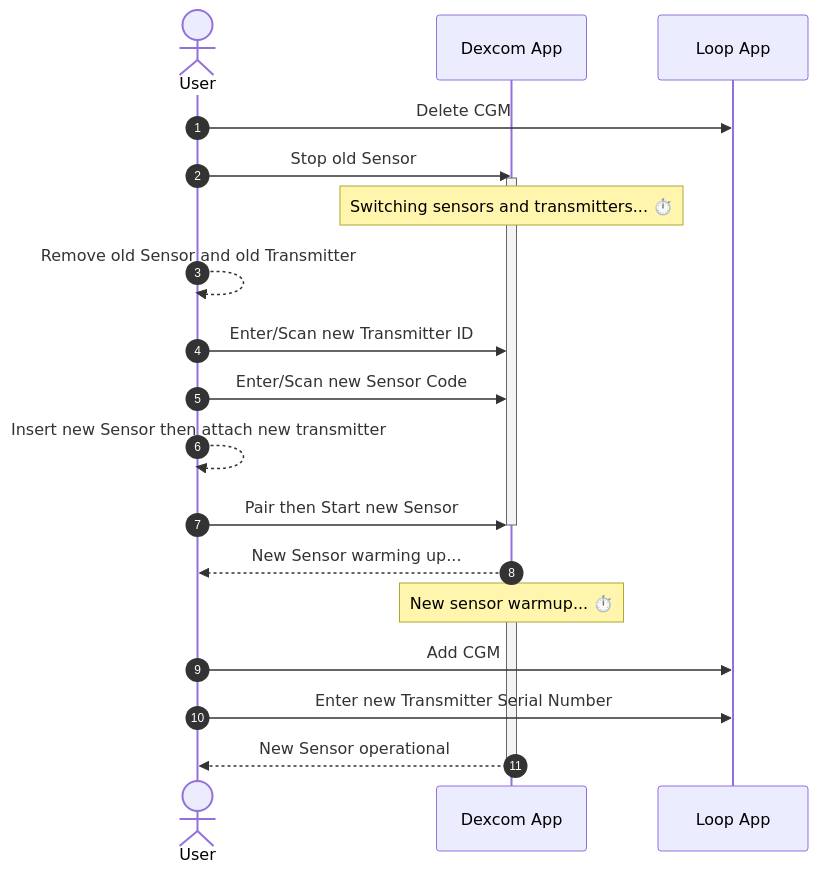
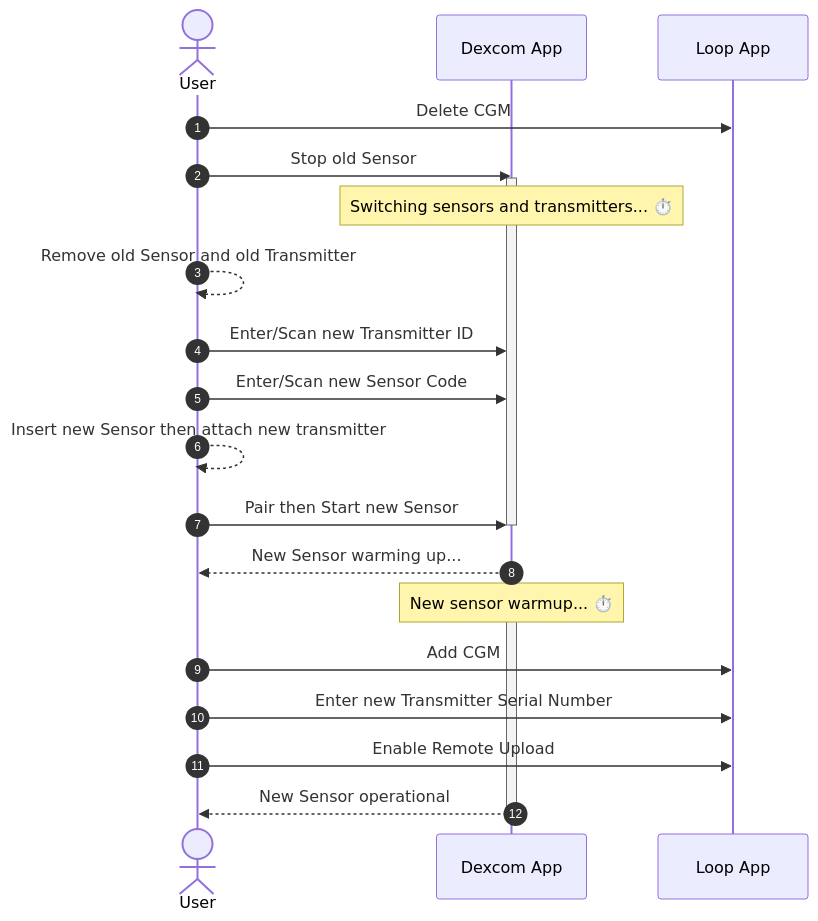
Before and after one commit to LoopKit/loopdocs: the diagram in docs/faqs/cgm-faqs.md, drawn with Mermaid. The commit also changed 3 other files, not shown here.

Commit message:
Add recommendation to enable remote upload for CGM data

````diff
--- a/docs/faqs/cgm-faqs.md
+++ b/docs/faqs/cgm-faqs.md
@@ -60,25 +60,26 @@
 ```mermaid
 sequenceDiagram
     actor       user     as User
     participant dexcom   as Dexcom App
     participant loop_app as Loop App
 
     autonumber
     user     ->>  loop_app: Delete CGM
     user     ->>  dexcom:   Stop old Sensor
     activate      dexcom
     Note over     dexcom:   Switching sensors and transmitters... ⏱️
     user     -->> user:     Remove old Sensor and old Transmitter
     user     ->>  dexcom:   Enter/Scan new Transmitter ID
     user     ->>  dexcom:   Enter/Scan new Sensor Code
     user     -->> user:     Insert new Sensor then attach new transmitter
     user     ->>  dexcom:   Pair then Start new Sensor
     deactivate    dexcom
     dexcom   -->> user:     New Sensor warming up... 
     activate      dexcom
     Note over     dexcom:   New sensor warmup... ⏱️
     user     ->>  loop_app: Add CGM
     user     ->>  loop_app: Enter new Transmitter Serial Number
+    user     ->>  loop_app: Enable Remote Upload
     dexcom   -->> user:     New Sensor operational
     deactivate dexcom
 ```
````
